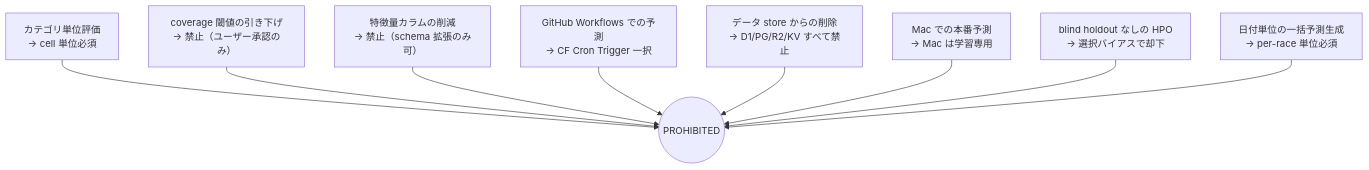
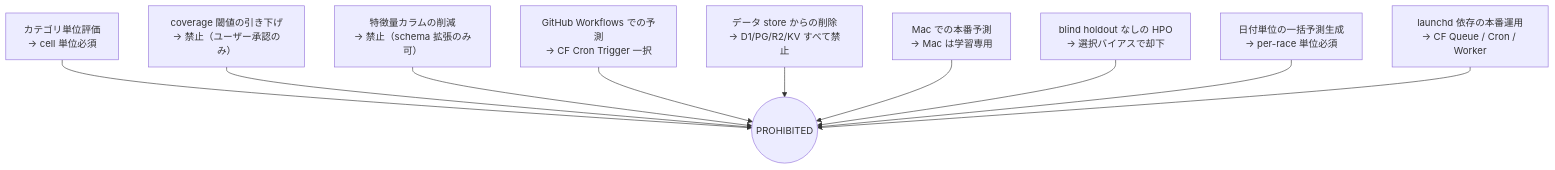
One commit to kkkaoru/horse-racing-data changed the tenth of 10 diagrams in docs/finish-position-prediction-system.md. Above: the diagram before and after it, drawn with Mermaid. The commit also changed other lines of this file and 14 other files, not shown here.

````diff
--- a/docs/finish-position-prediction-system.md
+++ b/docs/finish-position-prediction-system.md
@@ -838,21 +855,23 @@
 ```mermaid
 flowchart TB
     A["カテゴリ単位評価<br/>→ cell 単位必須"]
     B["coverage 閾値の引き下げ<br/>→ 禁止（ユーザー承認のみ）"]
     C["特徴量カラムの削減<br/>→ 禁止（schema 拡張のみ可）"]
     D["GitHub Workflows での予測<br/>→ CF Cron Trigger 一択"]
     E["データ store からの削除<br/>→ D1/PG/R2/KV すべて禁止"]
     F["Mac での本番予測<br/>→ Mac は学習専用"]
     G["blind holdout なしの HPO<br/>→ 選択バイアスで却下"]
     H["日付単位の一括予測生成<br/>→ per-race 単位必須"]
+    I["launchd 依存の本番運用<br/>→ CF Queue / Cron / Worker"]
 
     PROHIBITED(("PROHIBITED"))
     A --> PROHIBITED
     B --> PROHIBITED
     C --> PROHIBITED
     D --> PROHIBITED
     E --> PROHIBITED
     F --> PROHIBITED
     G --> PROHIBITED
     H --> PROHIBITED
+    I --> PROHIBITED
 ```
````
